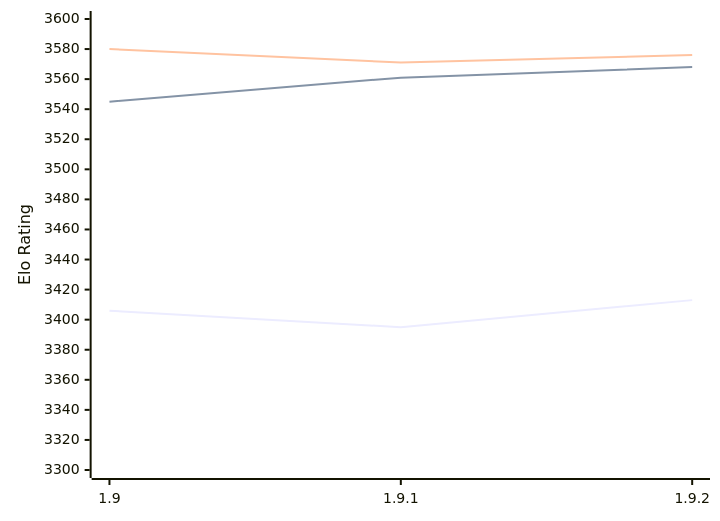
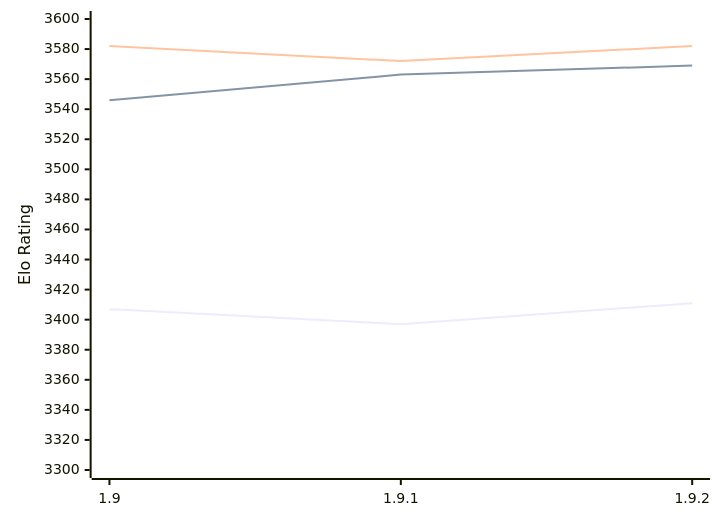
The diagram in engines/Pawnocchio.md (computer-chess-index/cci), drawn with Mermaid before and after one commit. The commit also changed other lines of this file, not shown here.

Commit message:
Update CCI Ratings (ELO VLTC) - 2026-02-13

````diff
--- a/engines/Pawnocchio.md
+++ b/engines/Pawnocchio.md
@@ -45,9 +45,9 @@
 ```mermaid
 %%{init: {"theme":"base","themeVariables":{"seriesColors:['#a3a3a3','#222221','#faa371']}}}%%
 xychart-beta
   x-axis ["1.9", "1.9.1", "1.9.2"]
   y-axis "Elo Rating" 3300 --> 3600
-  line "STC (8.0+0.08s)" [3406, 3395, 3413]
-  line "LTC (60.0+0.60s)" [3545, 3561, 3568]
-  line "VLTC (2m24s+1.12s)" [3580, 3571, 3576]
+  line "STC (8.0+0.08s)" [3407, 3397, 3411]
+  line "LTC (60.0+0.60s)" [3546, 3563, 3569]
+  line "VLTC (2m24s+1.12s)" [3582, 3572, 3582]
 ```
````
